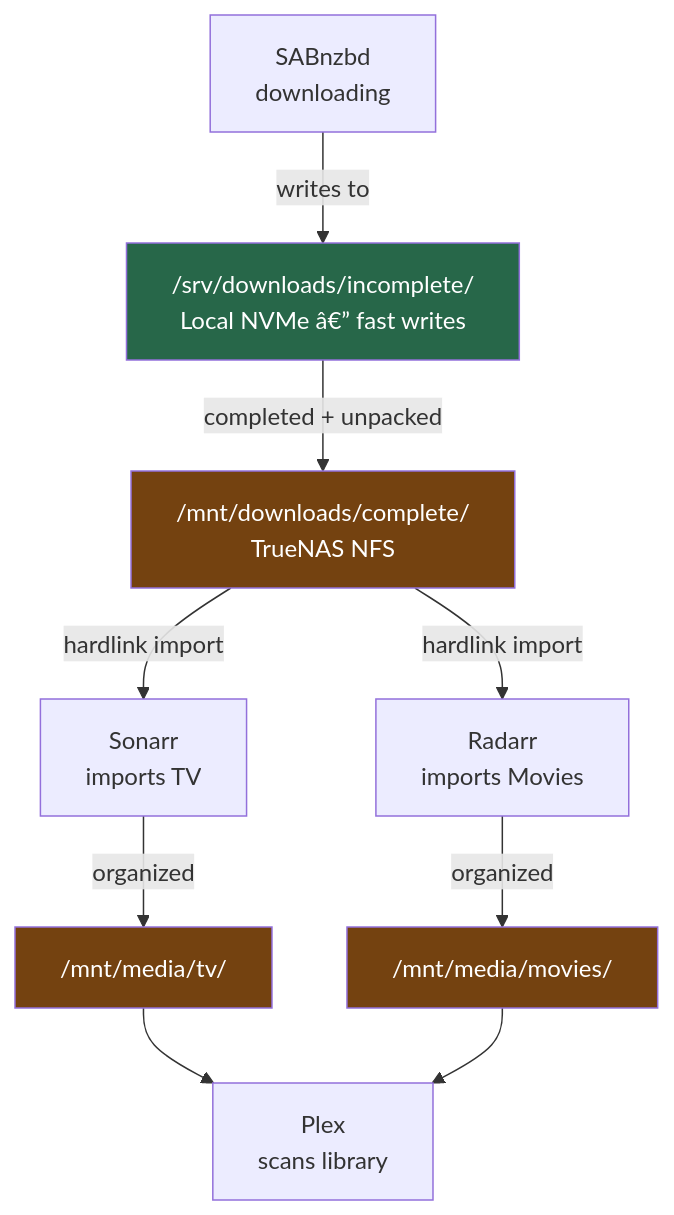
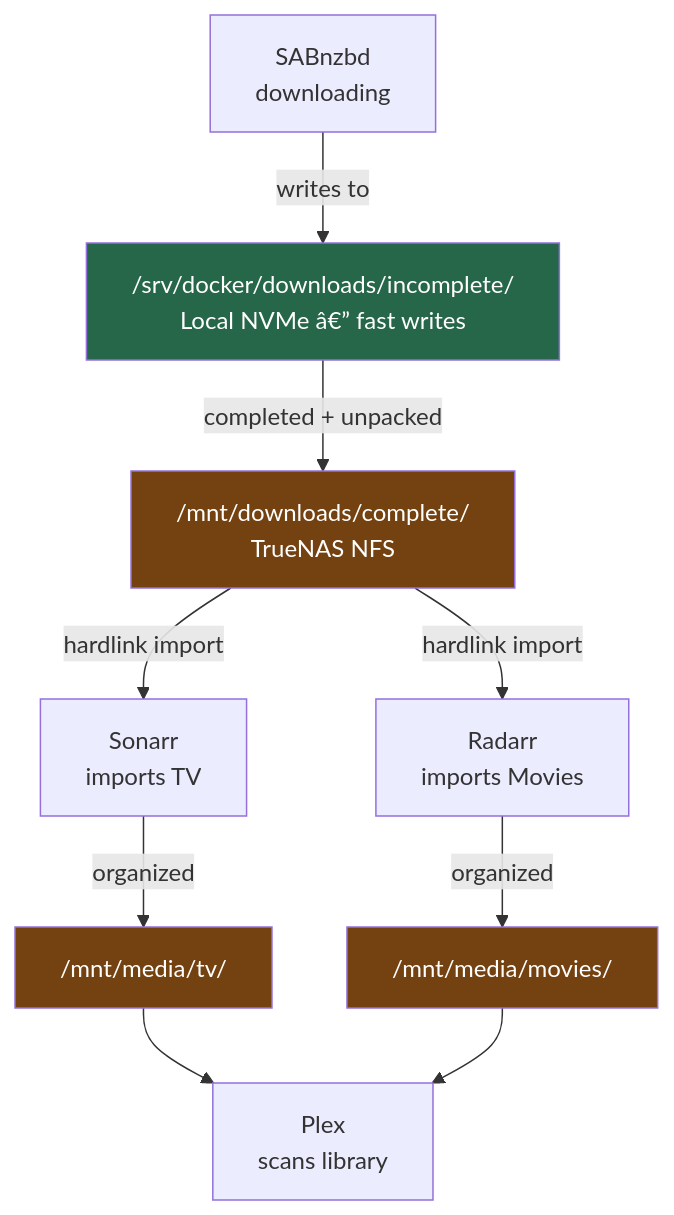
One commit to Kagiso-me/homelab-infrastructure changed the third of 3 diagrams in docker/docs/02_docker_installation_and_filesystem.md. Above: the diagram before and after it, drawn with Mermaid. The commit also changed other lines of this file and 4 other files, not shown here.

First line of the commit message:
fix(docker): relocate downloads path under /srv/docker/downloads

````diff
--- a/docker/docs/02_docker_installation_and_filesystem.md
+++ b/docker/docs/02_docker_installation_and_filesystem.md
@@ -416,16 +416,16 @@
 ```mermaid
 graph TD
-    SAB["SABnzbd\ndownloading"] -->|writes to| Inc["/srv/downloads/incomplete/\nLocal NVMe â€” fast writes"]
+    SAB["SABnzbd\ndownloading"] -->|writes to| Inc["/srv/docker/downloads/incomplete/\nLocal NVMe â€” fast writes"]
     Inc -->|completed + unpacked| Comp["/mnt/downloads/complete/\nTrueNAS NFS"]
     Comp -->|hardlink import| Sonarr["Sonarr\nimports TV"]
     Comp -->|hardlink import| Radarr["Radarr\nimports Movies"]
     Sonarr -->|organized| Media["/mnt/media/tv/"]
     Radarr -->|organized| MediaM["/mnt/media/movies/"]
     Media --> Plex["Plex\nscans library"]
     MediaM --> Plex
 
     style Inc fill:#276749,color:#fff
     style Comp fill:#744210,color:#fff
     style Media fill:#744210,color:#fff
     style MediaM fill:#744210,color:#fff
 ```
````
